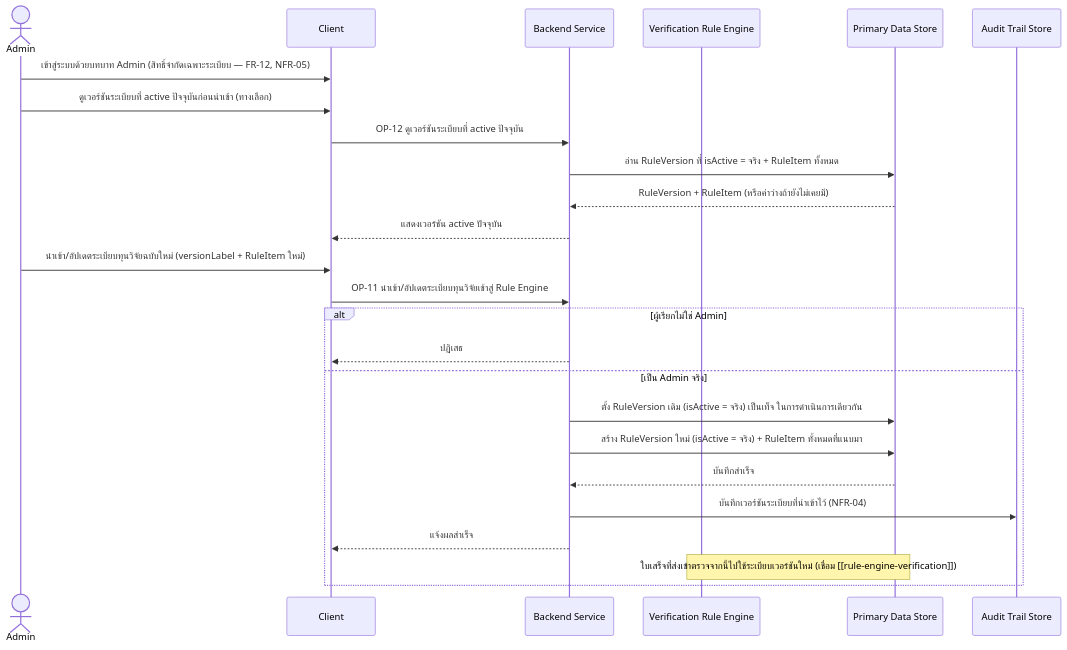
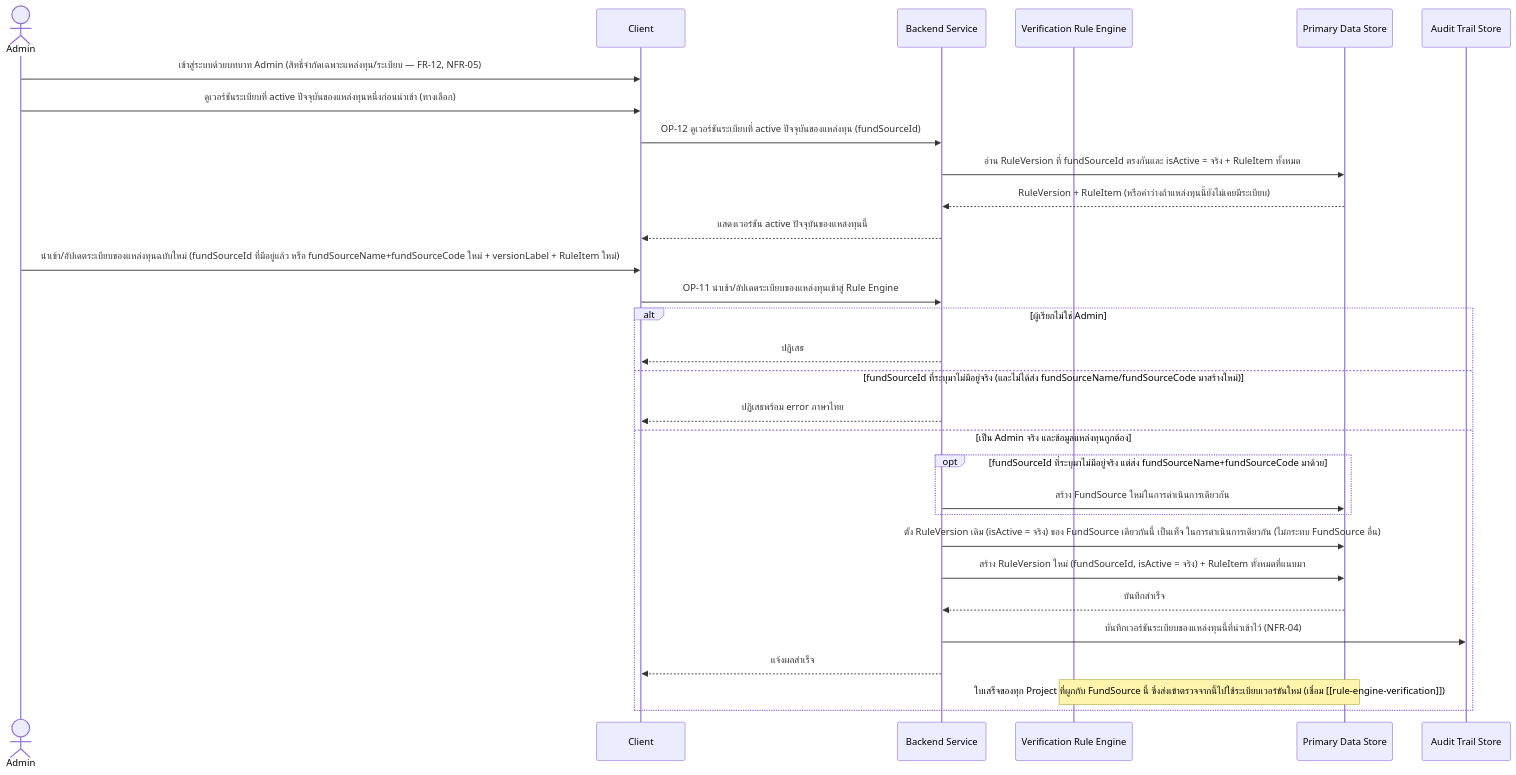
One commit to ptrsswnr/Grant-Receipt-Assistant changed the first of 2 diagrams in docs/02-design/02-technical/detailed-design/admin-rule-management.md. Above: the diagram before and after it, drawn with Mermaid. The commit also changed other lines of this file and 18 other files, not shown here.

First line of the commit message:
Cascade FundSource/Project split through technical design

````diff
--- a/docs/02-design/02-technical/detailed-design/admin-rule-management.md
+++ b/docs/02-design/02-technical/detailed-design/admin-rule-management.md
@@ -26,28 +35,33 @@
 ```mermaid
 sequenceDiagram
     actor A as Admin
     participant C as Client
     participant B as Backend Service
     participant RE as Verification Rule Engine
     participant DS as Primary Data Store
     participant AT as Audit Trail Store
 
-    A->>C: เข้าสู่ระบบด้วยบทบาท Admin (สิทธิ์จำกัดเฉพาะระเบียบ — FR-12, NFR-05)
-    A->>C: ดูเวอร์ชันระเบียบที่ active ปัจจุบันก่อนนำเข้า (ทางเลือก)
-    C->>B: OP-12 ดูเวอร์ชันระเบียบที่ active ปัจจุบัน
-    B->>DS: อ่าน RuleVersion ที่ isActive = จริง + RuleItem ทั้งหมด
-    DS-->>B: RuleVersion + RuleItem (หรือค่าว่างถ้ายังไม่เคยมี)
-    B-->>C: แสดงเวอร์ชัน active ปัจจุบัน
-    A->>C: นำเข้า/อัปเดตระเบียบทุนวิจัยฉบับใหม่ (versionLabel + RuleItem ใหม่)
-    C->>B: OP-11 นำเข้า/อัปเดตระเบียบทุนวิจัยเข้าสู่ Rule Engine
+    A->>C: เข้าสู่ระบบด้วยบทบาท Admin (สิทธิ์จำกัดเฉพาะแหล่งทุน/ระเบียบ — FR-12, NFR-05)
+    A->>C: ดูเวอร์ชันระเบียบที่ active ปัจจุบันของแหล่งทุนหนึ่งก่อนนำเข้า (ทางเลือก)
+    C->>B: OP-12 ดูเวอร์ชันระเบียบที่ active ปัจจุบันของแหล่งทุน (fundSourceId)
+    B->>DS: อ่าน RuleVersion ที่ fundSourceId ตรงกันและ isActive = จริง + RuleItem ทั้งหมด
+    DS-->>B: RuleVersion + RuleItem (หรือค่าว่างถ้าแหล่งทุนนี้ยังไม่เคยมีระเบียบ)
+    B-->>C: แสดงเวอร์ชัน active ปัจจุบันของแหล่งทุนนี้
+    A->>C: นำเข้า/อัปเดตระเบียบของแหล่งทุนฉบับใหม่ (fundSourceId ที่มีอยู่แล้ว หรือ fundSourceName+fundSourceCode ใหม่ + versionLabel + RuleItem ใหม่)
+    C->>B: OP-11 นำเข้า/อัปเดตระเบียบของแหล่งทุนเข้าสู่ Rule Engine
     alt ผู้เรียกไม่ใช่ Admin
         B-->>C: ปฏิเสธ
-    else เป็น Admin จริง
-        B->>DS: ตั้ง RuleVersion เดิม (isActive = จริง) เป็นเท็จ ในการดำเนินการเดียวกัน
-        B->>DS: สร้าง RuleVersion ใหม่ (isActive = จริง) + RuleItem ทั้งหมดที่แนบมา
+    else fundSourceId ที่ระบุมาไม่มีอยู่จริง (และไม่ได้ส่ง fundSourceName/fundSourceCode มาสร้างใหม่)
+        B-->>C: ปฏิเสธพร้อม error ภาษาไทย
+    else เป็น Admin จริง และข้อมูลแหล่งทุนถูกต้อง
+        opt fundSourceId ที่ระบุมาไม่มีอยู่จริง แต่ส่ง fundSourceName+fundSourceCode มาด้วย
+            B->>DS: สร้าง FundSource ใหม่ในการดำเนินการเดียวกัน
+        end
+        B->>DS: ตั้ง RuleVersion เดิม (isActive = จริง) ของ FundSource เดียวกันนี้ เป็นเท็จ ในการดำเนินการเดียวกัน (ไม่กระทบ FundSource อื่น)
+        B->>DS: สร้าง RuleVersion ใหม่ (fundSourceId, isActive = จริง) + RuleItem ทั้งหมดที่แนบมา
         DS-->>B: บันทึกสำเร็จ
-        B->>AT: บันทึกเวอร์ชันระเบียบที่นำเข้าไว้ (NFR-04)
+        B->>AT: บันทึกเวอร์ชันระเบียบของแหล่งทุนนี้ที่นำเข้าไว้ (NFR-04)
         B-->>C: แจ้งผลสำเร็จ
-        Note over RE,DS: ใบเสร็จที่ส่งเข้าตรวจจากนี้ไปใช้ระเบียบเวอร์ชันใหม่ (เชื่อม [[rule-engine-verification]])
+        Note over RE,DS: ใบเสร็จของทุก Project ที่ผูกกับ FundSource นี้ ซึ่งส่งเข้าตรวจจากนี้ไปใช้ระเบียบเวอร์ชันใหม่ (เชื่อม [[rule-engine-verification]])
     end
 ```
````
